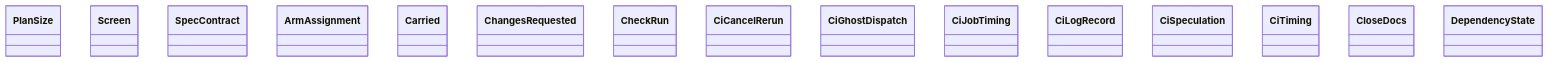
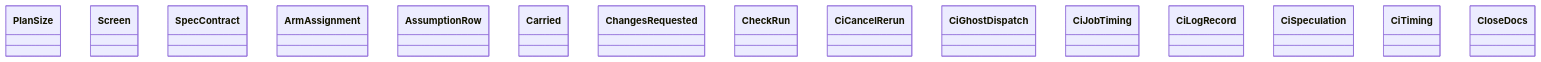
Before and after one commit to GonzaloZevallos/agentic-system: the diagram in docs/architecture/generated/classes-process-domain-state-3.md, drawn with Mermaid. The commit also changed 10 other files, not shown here.

First line of the commit message:
Add delivery assumption rows and spec_cause to the task state and document

````diff
--- a/docs/architecture/generated/classes-process-domain-state-3.md
+++ b/docs/architecture/generated/classes-process-domain-state-3.md
@@ -26,18 +26,18 @@
 ```mermaid
 classDiagram
     class size_budget__PlanSize["PlanSize"]
     class spec_delivery__Screen["Screen"]
     class spec_delivery__SpecContract["SpecContract"]
     class task__ArmAssignment["ArmAssignment"]
+    class task__AssumptionRow["AssumptionRow"]
     class task__Carried["Carried"]
     class task__ChangesRequested["ChangesRequested"]
     class task__CheckRun["CheckRun"]
     class task__CiCancelRerun["CiCancelRerun"]
     class task__CiGhostDispatch["CiGhostDispatch"]
     class task__CiJobTiming["CiJobTiming"]
     class task__CiLogRecord["CiLogRecord"]
     class task__CiSpeculation["CiSpeculation"]
     class task__CiTiming["CiTiming"]
     class task__CloseDocs["CloseDocs"]
-    class task__DependencyState["DependencyState"]
 ```
````
